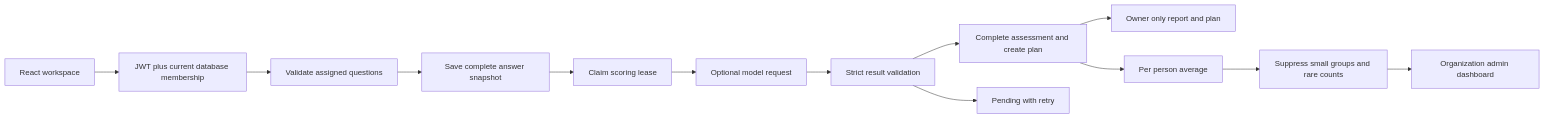
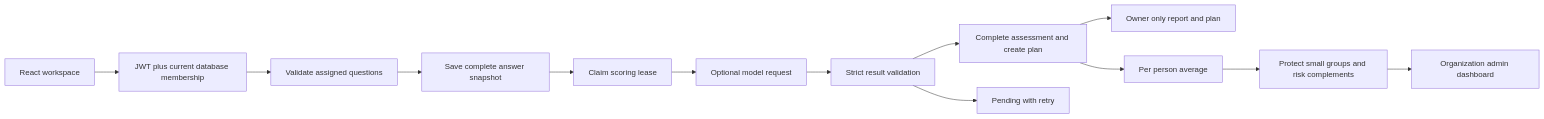
One commit to Shubham-Padkonde/ai-pulse changed the diagram in docs/ARCHITECTURE.md. Above: the diagram before and after it, drawn with Mermaid. The commit also changed other lines of this file and 10 other files, not shown here.

Commit message:
fix: protect risk complements and unassigned participation

```diff
--- a/docs/ARCHITECTURE.md
+++ b/docs/ARCHITECTURE.md
@@ -5,15 +5,15 @@
 ~~~mermaid
 flowchart LR
   UI[React workspace] --> Auth[JWT plus current database membership]
   Auth --> Validate[Validate assigned questions]
   Validate --> Save[Save complete answer snapshot]
   Save --> Score[Claim scoring lease]
   Score --> Model[Optional model request]
   Model --> Parse[Strict result validation]
   Parse --> Complete[Complete assessment and create plan]
   Parse --> Pending[Pending with retry]
   Complete --> Personal[Owner only report and plan]
   Complete --> Group[Per person average]
-  Group --> Privacy[Suppress small groups and rare counts]
+  Group --> Privacy[Protect small groups and risk complements]
   Privacy --> Admin[Organization admin dashboard]
 ~~~
```
